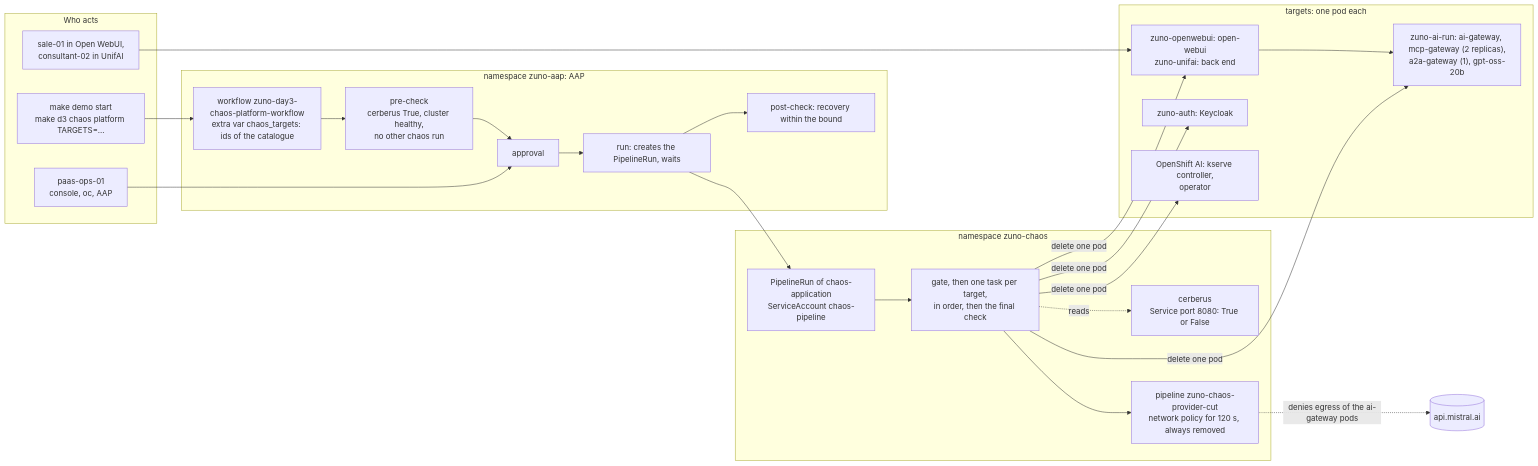
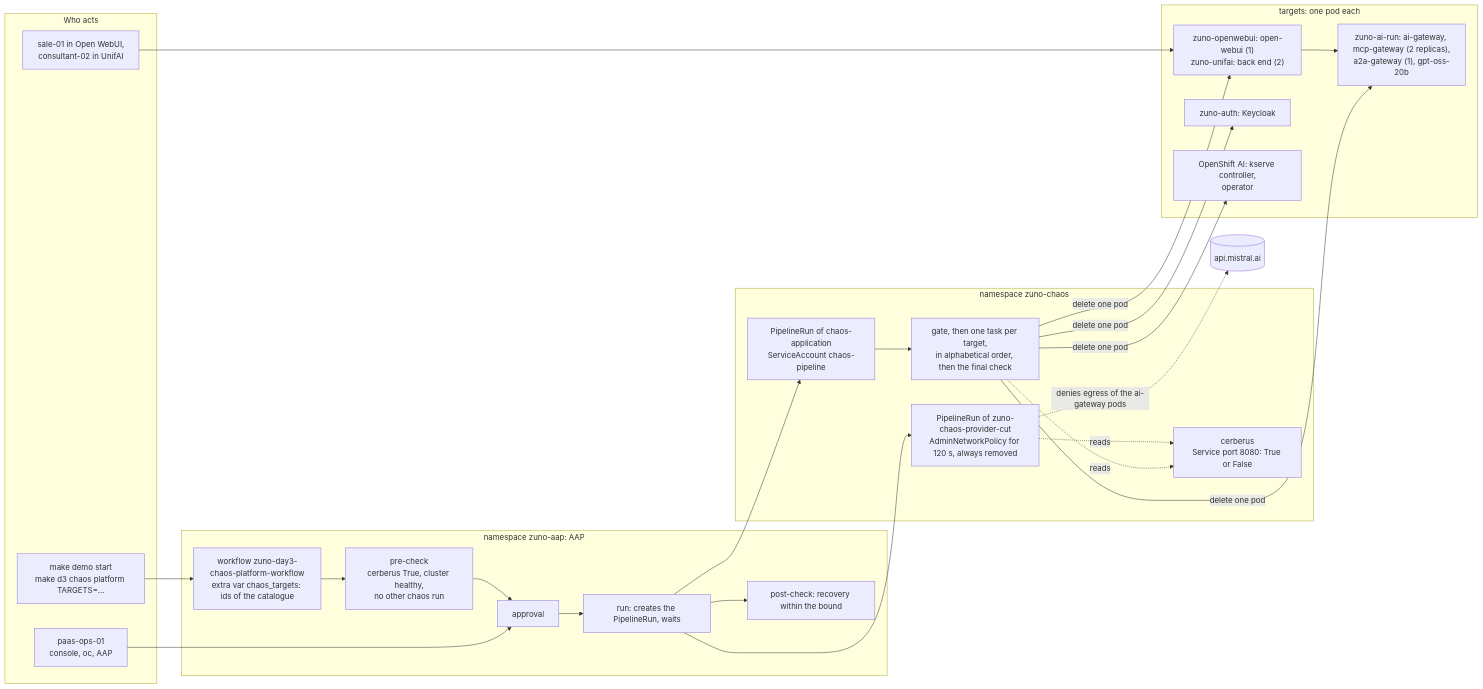
One commit to startxfr/zuno-demo changed the second of 2 diagrams in docs/demo/scenarios/resilience/chaos-platform.md. Above: the diagram before and after it, drawn with Mermaid. The commit also changed other lines of this file and 4 other files, not shown here.

````diff
--- a/docs/demo/scenarios/resilience/chaos-platform.md
+++ b/docs/demo/scenarios/resilience/chaos-platform.md
@@ -253,36 +264,36 @@
 ```mermaid
 flowchart LR
   subgraph WHO["Who acts"]
     OP["paas-ops-01<br/>console, oc, AAP"]
     MK["make demo start<br/>make d3 chaos platform TARGETS=..."]
     USR["sale-01 in Open WebUI,<br/>consultant-02 in UnifAI"]
   end
   subgraph AAP["namespace zuno-aap: AAP"]
     WF["workflow zuno-day3-chaos-platform-workflow<br/>extra var chaos_targets: ids of the catalogue"]
     PRE["pre-check<br/>cerberus True, cluster healthy,<br/>no other chaos run"]
     APR["approval"]
     RUN["run: creates the PipelineRun, waits"]
     POST["post-check: recovery within the bound"]
   end
   subgraph NS["namespace zuno-chaos"]
     CER["cerberus<br/>Service port 8080: True or False"]
     PR["PipelineRun of chaos-application<br/>ServiceAccount chaos-pipeline"]
-    TASKS["gate, then one task per target,<br/>in order, then the final check"]
-    CUT["pipeline zuno-chaos-provider-cut<br/>network policy for 120 s, always removed"]
+    TASKS["gate, then one task per target,<br/>in alphabetical order, then the final check"]
+    CUT["PipelineRun of zuno-chaos-provider-cut<br/>AdminNetworkPolicy for 120 s, always removed"]
   end
   subgraph TGT["targets: one pod each"]
     GW["zuno-ai-run: ai-gateway, mcp-gateway (2 replicas),<br/>a2a-gateway (1), gpt-oss-20b"]
-    EXPS["zuno-openwebui: open-webui<br/>zuno-unifai: back end"]
+    EXPS["zuno-openwebui: open-webui (1)<br/>zuno-unifai: back end (2)"]
     KC["zuno-auth: Keycloak"]
     RHOAI["OpenShift AI: kserve controller,<br/>operator"]
   end
   MISTRAL[("api.mistral.ai")]
   OP --> APR
   MK --> WF --> PRE --> APR --> RUN --> POST
   RUN --> PR --> TASKS
   TASKS -->|"delete one pod"| GW & EXPS & KC & RHOAI
-  TASKS --> CUT
+  RUN --> CUT
   CUT -. "denies egress of the ai-gateway pods" .-> MISTRAL
-  TASKS -. reads .-> CER
+  TASKS & CUT -. reads .-> CER
   USR --> EXPS --> GW
 ```
````
